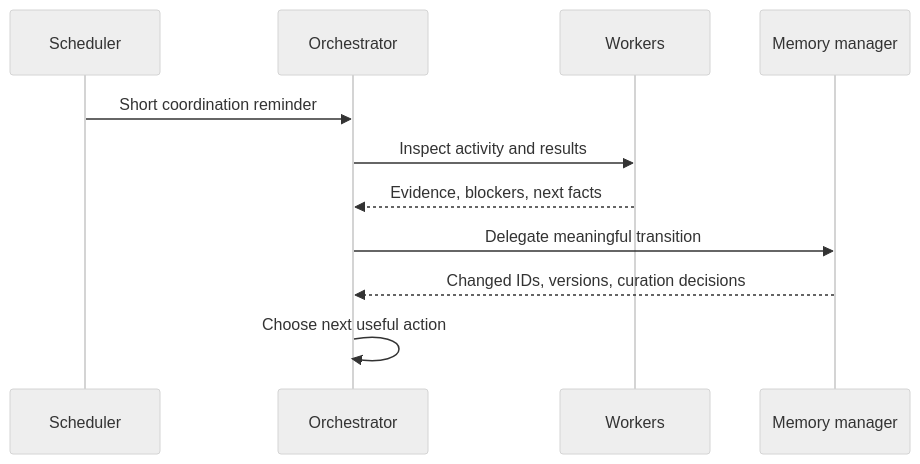
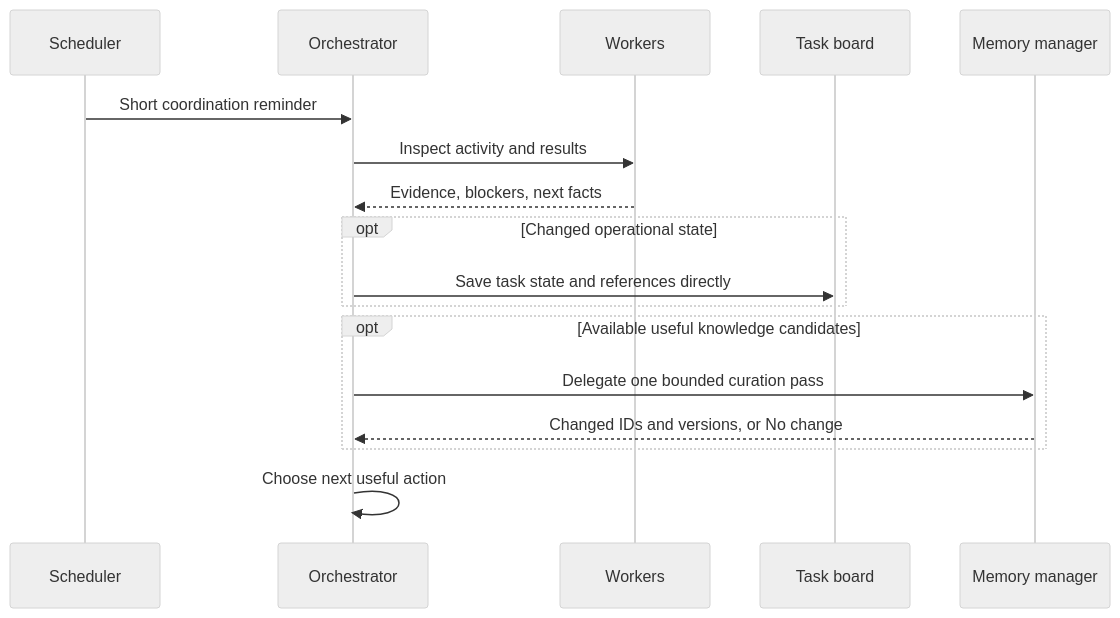
The fifth of 5 diagrams in docs/orchestration.md (smartfrog/opencode-froggy), drawn with Mermaid (neutral theme) before and after one commit. The commit also changed other lines of this file and 9 other files, not shown here.

Commit message:
feat(memory): let orchestrator save operational tasks

````diff
--- a/docs/orchestration.md
+++ b/docs/orchestration.md
@@ -199,13 +203,19 @@
 ```mermaid
 sequenceDiagram
     participant Timer as Scheduler
     participant O as Orchestrator
     participant W as Workers
+    participant T as Task board
     participant M as Memory manager
     Timer->>O: Short coordination reminder
     O->>W: Inspect activity and results
     W-->>O: Evidence, blockers, next facts
-    O->>M: Delegate meaningful transition
-    M-->>O: Changed IDs, versions, curation decisions
+    opt Changed operational state
+        O->>T: Save task state and references directly
+    end
+    opt Available useful knowledge candidates
+        O->>M: Delegate one bounded curation pass
+        M-->>O: Changed IDs and versions, or No change
+    end
     O->>O: Choose next useful action
 ```
````
